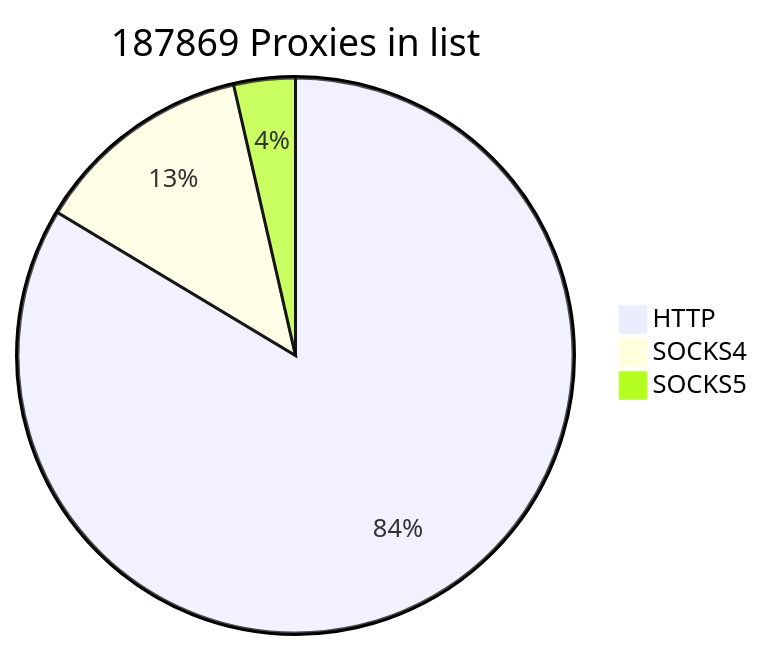
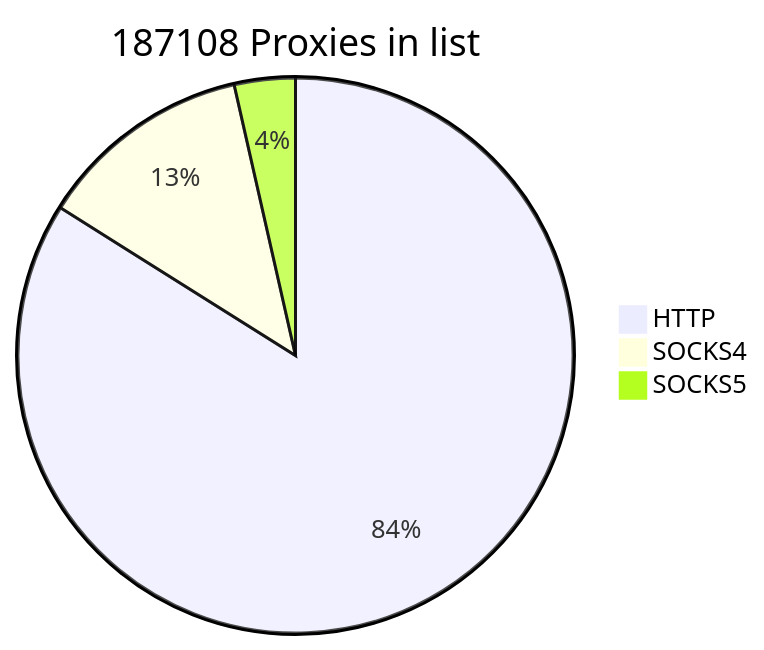
The first of 2 diagrams in README.md (cutipu/proxylist), drawn with Mermaid before and after one commit. The commit also changed other lines of this file, not shown here.

````diff
--- a/README.md
+++ b/README.md
@@ -2,7 +2,7 @@
 ```mermaid
-pie title 187869 Proxies in list
-    "HTTP" : 157083
-    "SOCKS4" : 24065
-    "SOCKS5" : 6721
+pie title 187108 Proxies in list
+    "HTTP" : 157040
+    "SOCKS4" : 23433
+    "SOCKS5" : 6635
             
 ```
````
